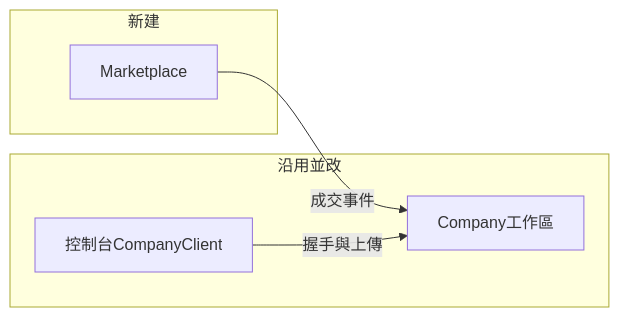
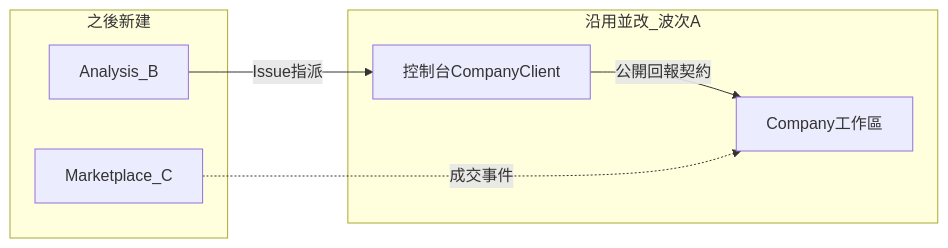
The first of 2 diagrams in docs/product/execution-plan.md (sjvann/AI_Project_Console), drawn with Mermaid before and after one commit. The commit also changed other lines of this file and 28 other files, not shown here.

````diff
--- a/docs/product/execution-plan.md
+++ b/docs/product/execution-plan.md
@@ -43,12 +42,14 @@
 ```mermaid
 flowchart LR
-  subgraph build [新建]
-    Mkt[Marketplace]
-  end
-  subgraph reuse [沿用並改]
+  subgraph reuse [沿用並改_波次A]
     Co[Company工作區]
     Con[控制台CompanyClient]
   end
-  Mkt -->|成交事件| Co
-  Con -->|握手與上傳| Co
+  subgraph later [之後新建]
+    Ana[Analysis_B]
+    Mkt[Marketplace_C]
+  end
+  Con -->|公開回報契約| Co
+  Ana -->|Issue指派| Con
+  Mkt -.->|成交事件| Co
 ```
````
